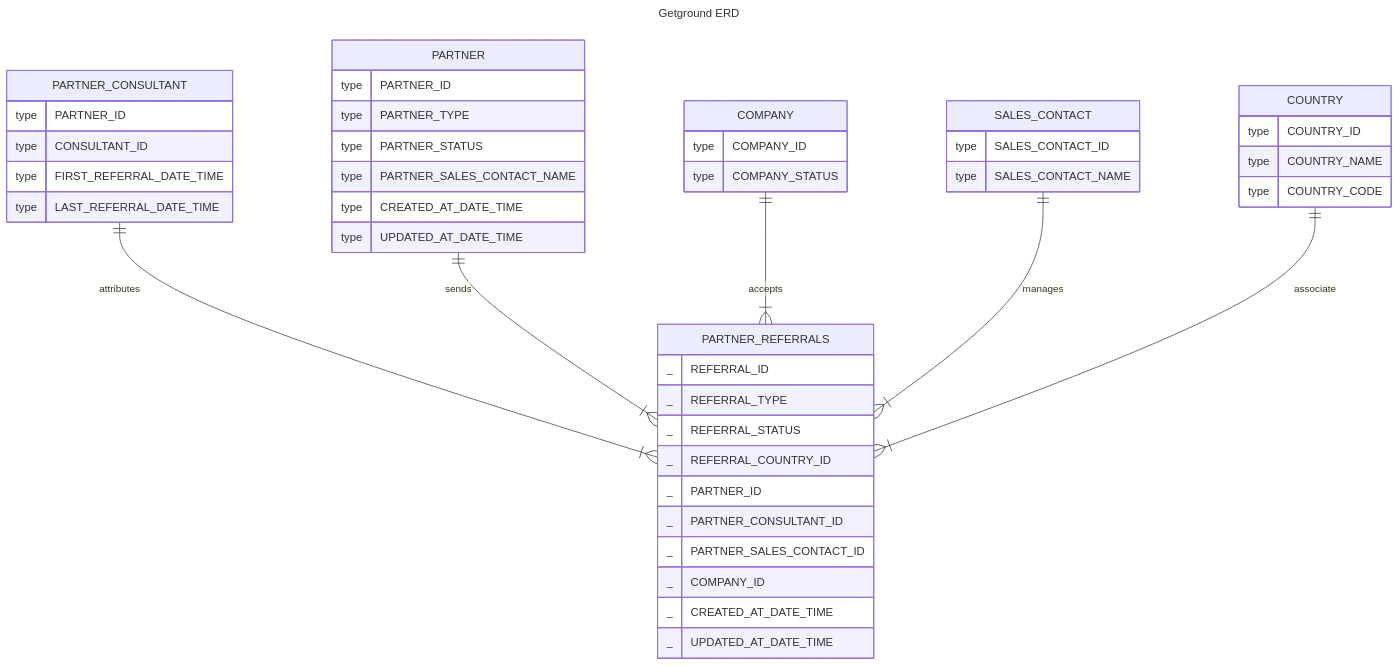
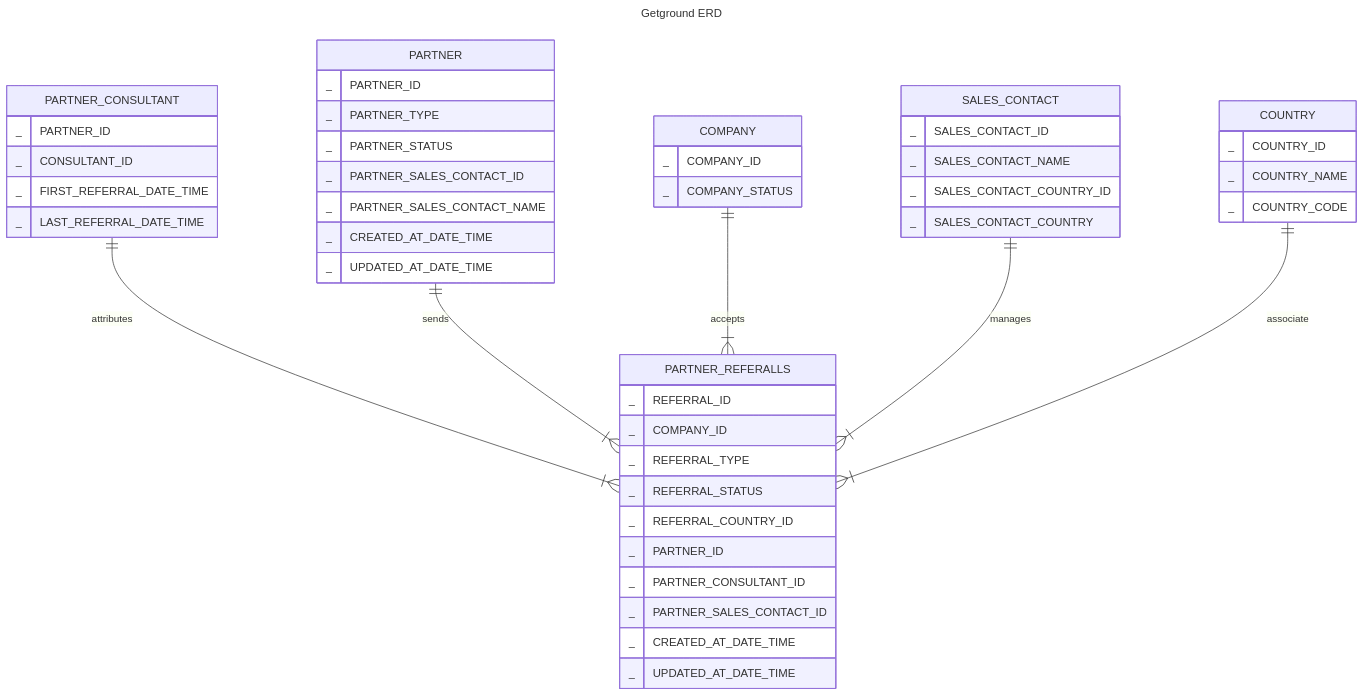
One commit to erenmirza/getground_dbt changed the diagram in docs/design/physical_erd.md. Above: the diagram before and after it, drawn with Mermaid. The commit also changed 1 other file, not shown here.

Commit message:
design document updates

````diff
--- a/docs/design/physical_erd.md
+++ b/docs/design/physical_erd.md
@@ -1,58 +1,61 @@
 ```mermaid
 ---
 title: Getground ERD
 ---
 erDiagram
 
-    PARTNER_REFERRALS {
+    PARTNER_REFERALLS {
       _ REFERRAL_ID
+      _ COMPANY_ID
       _ REFERRAL_TYPE
       _ REFERRAL_STATUS
       _ REFERRAL_COUNTRY_ID
       _ PARTNER_ID
       _ PARTNER_CONSULTANT_ID
       _ PARTNER_SALES_CONTACT_ID
-      _ COMPANY_ID
       _ CREATED_AT_DATE_TIME
       _ UPDATED_AT_DATE_TIME
     }
 
     PARTNER_CONSULTANT {
-      type PARTNER_ID
-      type CONSULTANT_ID
-      type FIRST_REFERRAL_DATE_TIME
-      type LAST_REFERRAL_DATE_TIME
+      _ PARTNER_ID
+      _ CONSULTANT_ID
+      _ FIRST_REFERRAL_DATE_TIME
+      _ LAST_REFERRAL_DATE_TIME
     }
 
     PARTNER {
-      type PARTNER_ID
-      type PARTNER_TYPE
-      type PARTNER_STATUS
-      type PARTNER_SALES_CONTACT_NAME
-      type CREATED_AT_DATE_TIME
-      type UPDATED_AT_DATE_TIME
+      _ PARTNER_ID
+      _ PARTNER_TYPE
+      _ PARTNER_STATUS
+      _ PARTNER_SALES_CONTACT_ID
+      _ PARTNER_SALES_CONTACT_NAME
+      _ CREATED_AT_DATE_TIME
+      _ UPDATED_AT_DATE_TIME
     }
 
     COMPANY {
-      type COMPANY_ID
-      type COMPANY_STATUS
+      _ COMPANY_ID
+      _ COMPANY_STATUS
     }
 
     SALES_CONTACT {
-      type SALES_CONTACT_ID
-      type SALES_CONTACT_NAME
+      _ SALES_CONTACT_ID
+      _ SALES_CONTACT_NAME
+      _ SALES_CONTACT_COUNTRY_ID
+      _ SALES_CONTACT_COUNTRY
     }
 
     COUNTRY {
-      type COUNTRY_ID
-      type COUNTRY_NAME
-      type COUNTRY_CODE
+      _ COUNTRY_ID
+      _ COUNTRY_NAME
+      _ COUNTRY_CODE
     }
 
-    PARTNER_CONSULTANT ||--|{ PARTNER_REFERRALS : attributes
-    PARTNER ||--|{ PARTNER_REFERRALS : sends
-    COMPANY ||--|{ PARTNER_REFERRALS : accepts
-    SALES_CONTACT ||--|{ PARTNER_REFERRALS : manages
-    COUNTRY ||--|{ PARTNER_REFERRALS : associate
+    PARTNER_CONSULTANT ||--|{ PARTNER_REFERALLS : attributes
+    PARTNER ||--|{ PARTNER_REFERALLS : sends
+    COMPANY ||--|{ PARTNER_REFERALLS : accepts
+    SALES_CONTACT ||--|{ PARTNER_REFERALLS : manages
+    COUNTRY ||--|{ PARTNER_REFERALLS : associate
 
 ```
````
